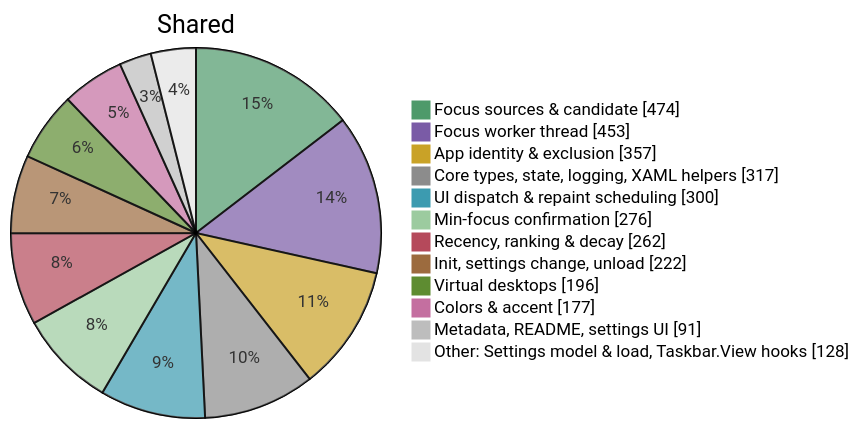
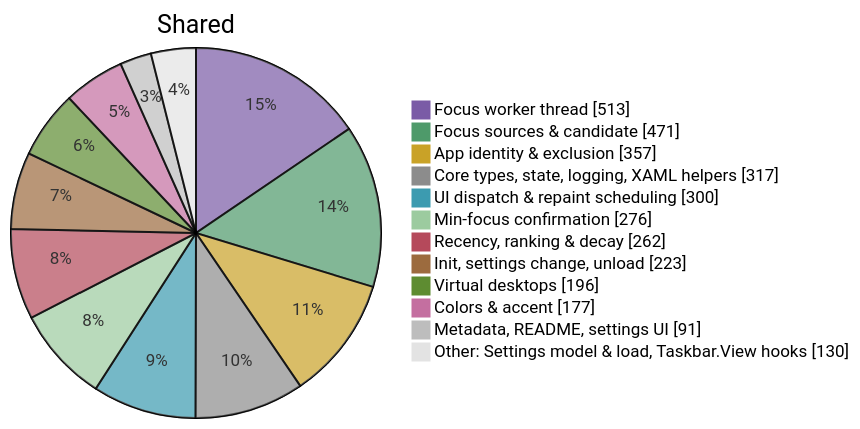
One commit to jvlasek/taskbar-recent-focus-highlight changed the fourth of 5 diagrams in doc/code/code-breakdown.md. Above: the diagram before and after it, drawn with Mermaid. The commit also changed other lines of this file and 10 other files, not shown here.

First line of the commit message:
0.12.1: focus tracking waits for the taskbar

````diff
--- a/doc/code/code-breakdown.md
+++ b/doc/code/code-breakdown.md
@@ -134,16 +134,16 @@
 ```mermaid
-%%{init: {"themeVariables": {"pie1": "#4E9A6A", "pie2": "#7A5BA6", "pie3": "#C9A227", "pie4": "#8C8C8C", "pie5": "#3C9BB0", "pie6": "#9CCB9F", "pie7": "#B5495B", "pie8": "#9C6B3E", "pie9": "#5E8C31", "pie10": "#C46FA0", "pie11": "#BDBDBD", "pie12": "#E3E3E3", "pieOuterStrokeWidth": "1px"}}}%%
+%%{init: {"themeVariables": {"pie1": "#7A5BA6", "pie2": "#4E9A6A", "pie3": "#C9A227", "pie4": "#8C8C8C", "pie5": "#3C9BB0", "pie6": "#9CCB9F", "pie7": "#B5495B", "pie8": "#9C6B3E", "pie9": "#5E8C31", "pie10": "#C46FA0", "pie11": "#BDBDBD", "pie12": "#E3E3E3", "pieOuterStrokeWidth": "1px"}}}%%
 pie showData title Shared
-    "Focus sources & candidate" : 474
-    "Focus worker thread" : 453
+    "Focus worker thread" : 513
+    "Focus sources & candidate" : 471
     "App identity & exclusion" : 357
     "Core types, state, logging, XAML helpers" : 317
     "UI dispatch & repaint scheduling" : 300
     "Min-focus confirmation" : 276
     "Recency, ranking & decay" : 262
-    "Init, settings change, unload" : 222
+    "Init, settings change, unload" : 223
     "Virtual desktops" : 196
     "Colors & accent" : 177
     "Metadata, README, settings UI" : 91
-    "Other: Settings model & load, Taskbar.View hooks" : 128
+    "Other: Settings model & load, Taskbar.View hooks" : 130
 ```
````
